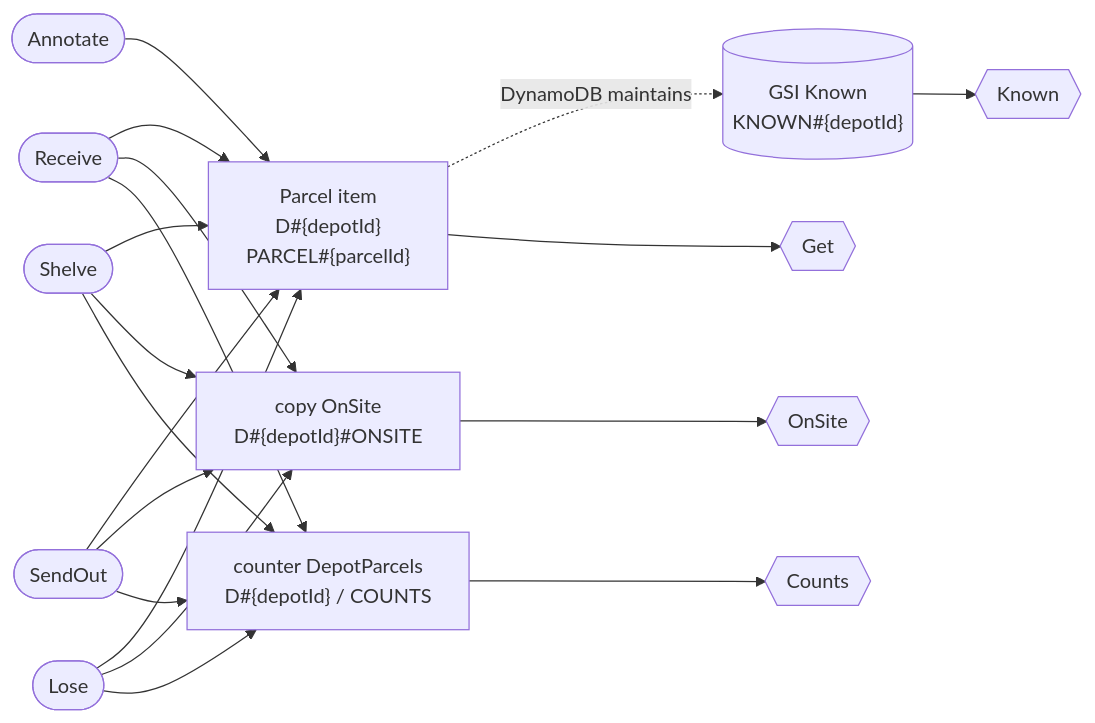
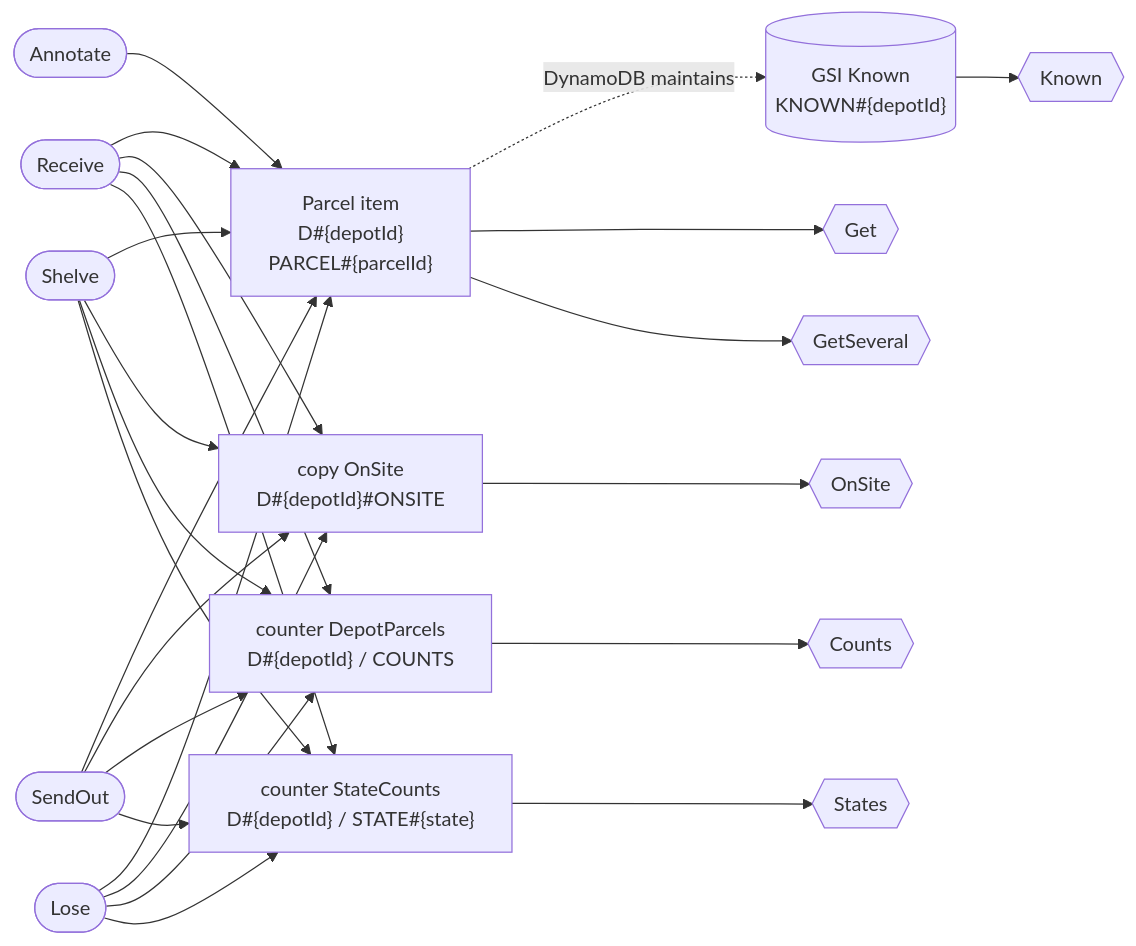
One commit to nicklanng/dynago changed the sixth of 7 diagrams in internal/e2e/fixture/fixture.model.md. Above: the diagram before and after it, drawn with Mermaid. The commit also changed other lines of this file and 21 other files, not shown here.

First line of the commit message:
Reads of several items: batch get by key, and all of a counter's items

````diff
--- a/internal/e2e/fixture/fixture.model.md
+++ b/internal/e2e/fixture/fixture.model.md
@@ -315,26 +323,31 @@
 ```mermaid
 flowchart LR
   item_Parcel["Parcel item<br/>D#35;{depotId}<br/>PARCEL#35;{parcelId}"]
   ix_OnSite["copy OnSite<br/>D#35;{depotId}#35;ONSITE"]
   ix_Known[("GSI Known<br/>KNOWN#35;{depotId}")]
   item_Parcel -. DynamoDB maintains .-> ix_Known
   counter_DepotParcels["counter DepotParcels<br/>D#35;{depotId} / COUNTS"]
+  counter_StateCounts["counter StateCounts<br/>D#35;{depotId} / STATE#35;{state}"]
   w_Receive(["Receive"])
-  w_Receive --> item_Parcel & ix_OnSite & counter_DepotParcels
+  w_Receive --> item_Parcel & ix_OnSite & counter_DepotParcels & counter_StateCounts
   w_Shelve(["Shelve"])
-  w_Shelve --> item_Parcel & ix_OnSite & counter_DepotParcels
+  w_Shelve --> item_Parcel & ix_OnSite & counter_DepotParcels & counter_StateCounts
   w_SendOut(["SendOut"])
-  w_SendOut --> item_Parcel & ix_OnSite & counter_DepotParcels
+  w_SendOut --> item_Parcel & ix_OnSite & counter_DepotParcels & counter_StateCounts
   w_Lose(["Lose"])
-  w_Lose --> item_Parcel & ix_OnSite & counter_DepotParcels
+  w_Lose --> item_Parcel & ix_OnSite & counter_DepotParcels & counter_StateCounts
   w_Annotate(["Annotate"])
   w_Annotate --> item_Parcel
   r_Get{{"Get"}}
   item_Parcel --> r_Get
+  r_GetSeveral{{"GetSeveral"}}
+  item_Parcel --> r_GetSeveral
+  r_States{{"States"}}
+  counter_StateCounts --> r_States
   r_OnSite{{"OnSite"}}
   ix_OnSite --> r_OnSite
   r_Known{{"Known"}}
   ix_Known --> r_Known
   r_Counts{{"Counts"}}
   counter_DepotParcels --> r_Counts
 ```
````
